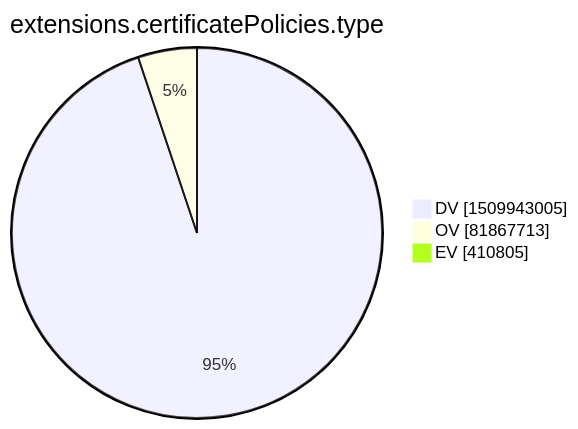
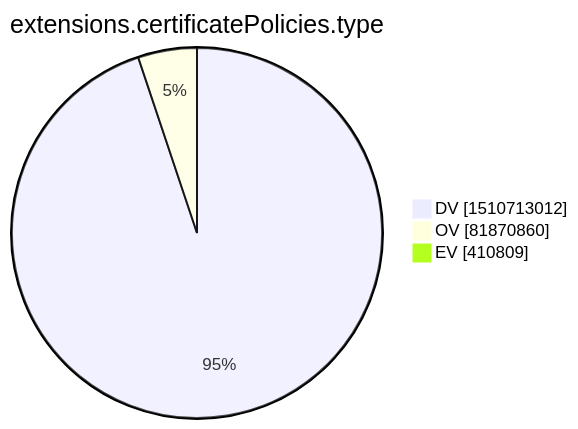
The tenth of 15 diagrams in xenon2022/README.md (christiankrug/ctmonitor_visualization), drawn with Mermaid before and after one commit. The commit also changed other lines of this file, not shown here.

````diff
--- a/xenon2022/README.md
+++ b/xenon2022/README.md
@@ -2875,7 +2875,7 @@
 ```mermaid
 pie showData
 title extensions.certificatePolicies.type
-"DV" :1509943005
-"OV" :81867713
-"EV" :410805
+"DV" :1510713012
+"OV" :81870860
+"EV" :410809
 ```
````
